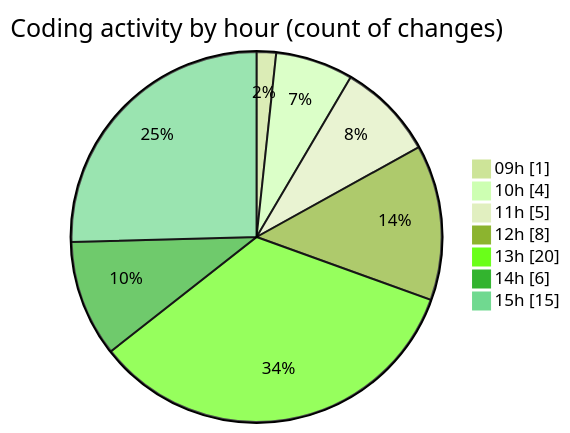
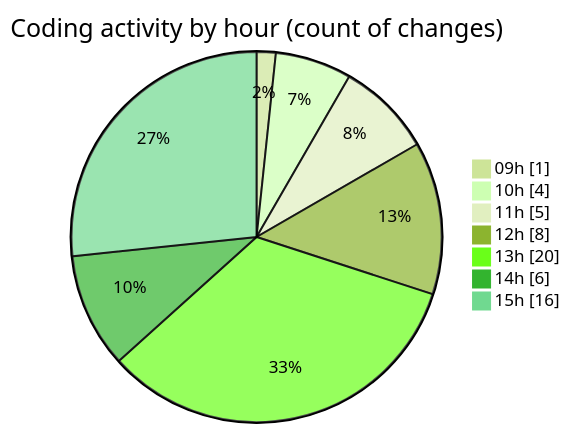
The second of 2 diagrams in 2025-02-24/cda/README.md (momahboobian/code-tracking), drawn with Mermaid (forest theme) before and after one commit. The commit also changed other lines of this file and 1 other file, not shown here.

````diff
--- a/2025-02-24/cda/README.md
+++ b/2025-02-24/cda/README.md
@@ -43,11 +43,11 @@
 ```mermaid
 pie showData
 title Coding activity by hour (count of changes)
 "09h" : 1
 "10h" : 4
 "11h" : 5
 "12h" : 8
 "13h" : 20
 "14h" : 6
-"15h" : 15
+"15h" : 16
 ```
````
